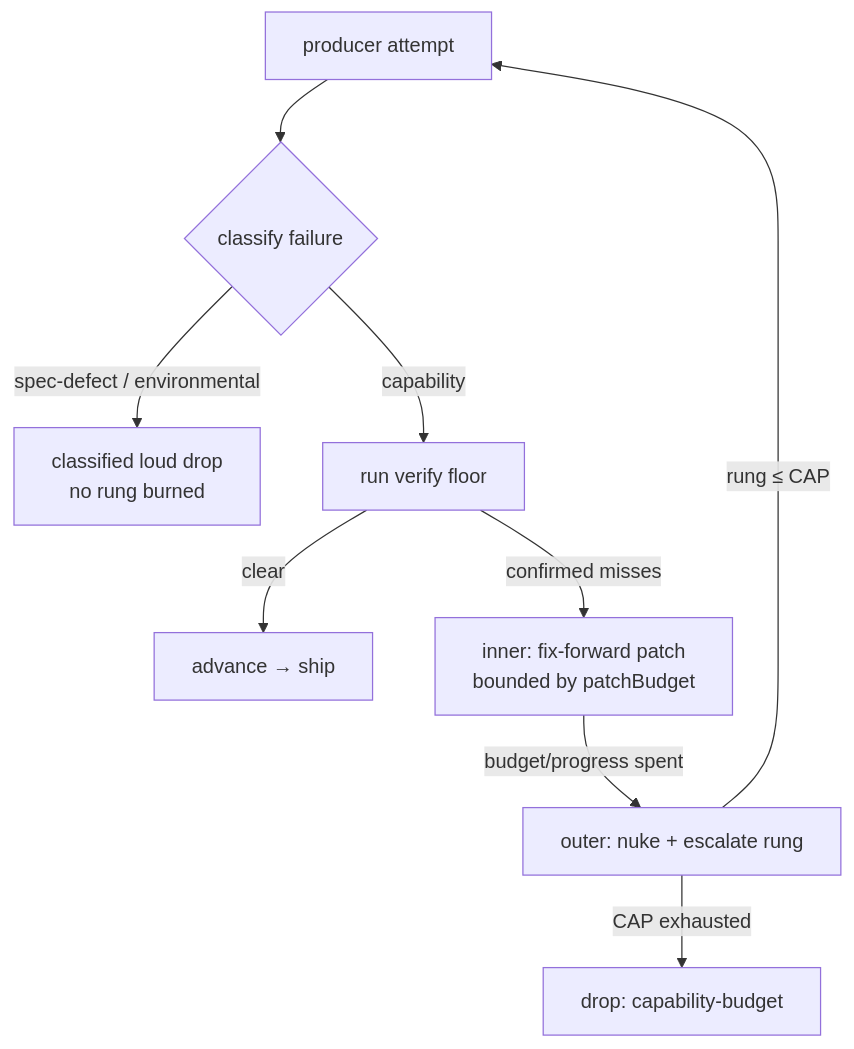
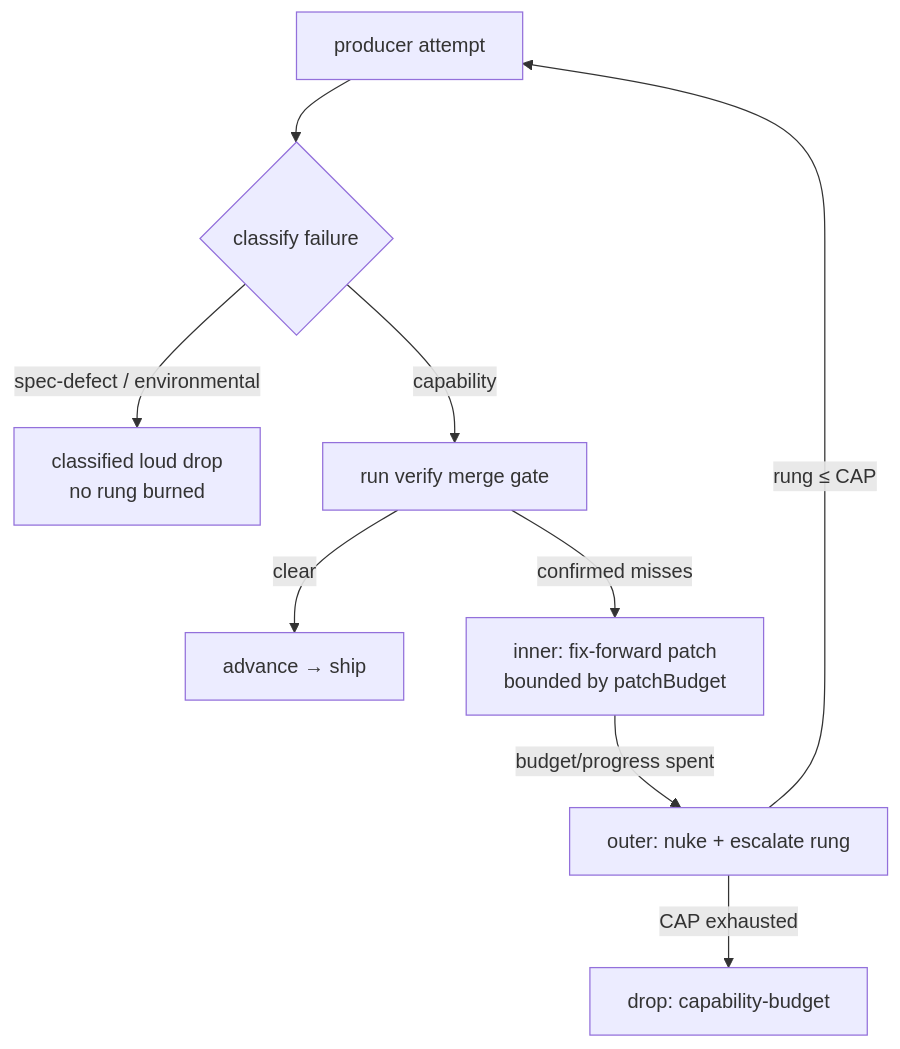
One commit to jfa94/factory changed the diagram in docs/explanation/producer-ladder.md. Above: the diagram before and after it, drawn with Mermaid. The commit also changed other lines of this file and 56 other files, not shown here.

First line of the commit message:
refactor: rename "verifier floor" → "merge gate"

````diff
--- a/docs/explanation/producer-ladder.md
+++ b/docs/explanation/producer-ladder.md
@@ -16,11 +16,11 @@
 ```mermaid
 graph TD
   Start[producer attempt] --> Classify{classify failure}
   Classify -->|spec-defect / environmental| Drop[classified loud drop<br/>no rung burned]
-  Classify -->|capability| Verify[run verify floor]
+  Classify -->|capability| Verify[run verify merge gate]
   Verify -->|clear| Adv[advance → ship]
   Verify -->|confirmed misses| Fix[inner: fix-forward patch<br/>bounded by patchBudget]
   Fix -->|budget/progress spent| Esc[outer: nuke + escalate rung]
   Esc -->|rung ≤ CAP| Start
   Esc -->|CAP exhausted| DropCap[drop: capability-budget]
 ```
````
